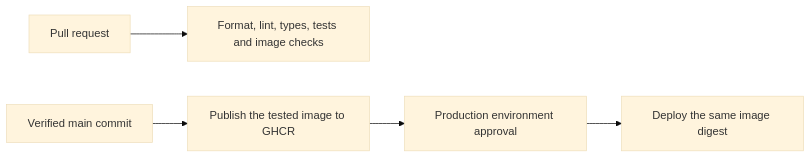
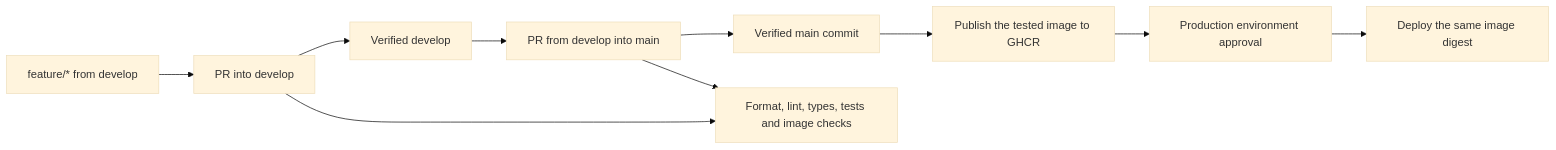
Before and after one commit to Treca-Raja/rajcord-public: the diagram in docs/deployment.md, drawn with Mermaid (base theme). The commit also changed other lines of this file and 23 other files, not shown here.

````diff
--- a/docs/deployment.md
+++ b/docs/deployment.md
@@ -9,7 +9,12 @@
 ```mermaid
 flowchart LR
-  PR[Pull request] --> CI[Format, lint, types, tests and image checks]
-  Main[Verified main commit] --> Image[Publish the tested image to GHCR]
+  Feature[feature/* from develop] --> FeaturePR[PR into develop]
+  FeaturePR --> Develop[Verified develop]
+  Develop --> ReleasePR[PR from develop into main]
+  ReleasePR --> Main[Verified main commit]
+  FeaturePR --> CI[Format, lint, types, tests and image checks]
+  ReleasePR --> CI
+  Main --> Image[Publish the tested image to GHCR]
   Image --> Approval[Production environment approval]
   Approval --> Production[Deploy the same image digest]
 ```
````
